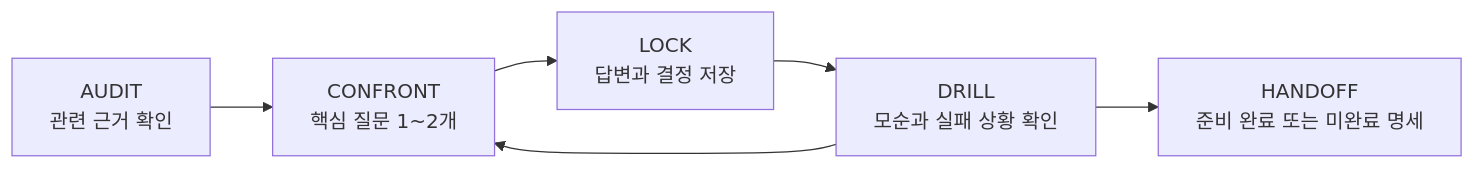
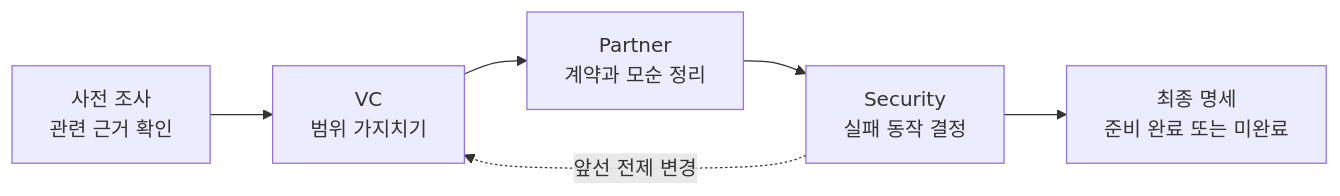
The diagram in README.ko.md (Malko-opensource/we-need-to-talk), drawn with Mermaid before and after one commit. The commit also changed other lines of this file and 12 other files, not shown here.

````diff
--- a/README.ko.md
+++ b/README.ko.md
@@ -184,8 +230,8 @@
 ```mermaid
 flowchart LR
-    A["AUDIT<br/>관련 근거 확인"] --> B["CONFRONT<br/>핵심 질문 1~2개"]
-    B --> C["LOCK<br/>답변과 결정 저장"]
-    C --> D["DRILL<br/>모순과 실패 상황 확인"]
-    D --> B
-    D --> E["HANDOFF<br/>준비 완료 또는 미완료 명세"]
+    A["사전 조사<br/>관련 근거 확인"] --> V["VC<br/>범위 가지치기"]
+    V --> P["Partner<br/>계약과 모순 정리"]
+    P --> S["Security<br/>실패 동작 결정"]
+    S --> F["최종 명세<br/>준비 완료 또는 미완료"]
+    S -. 앞선 전제 변경 .-> V
 ```
````
